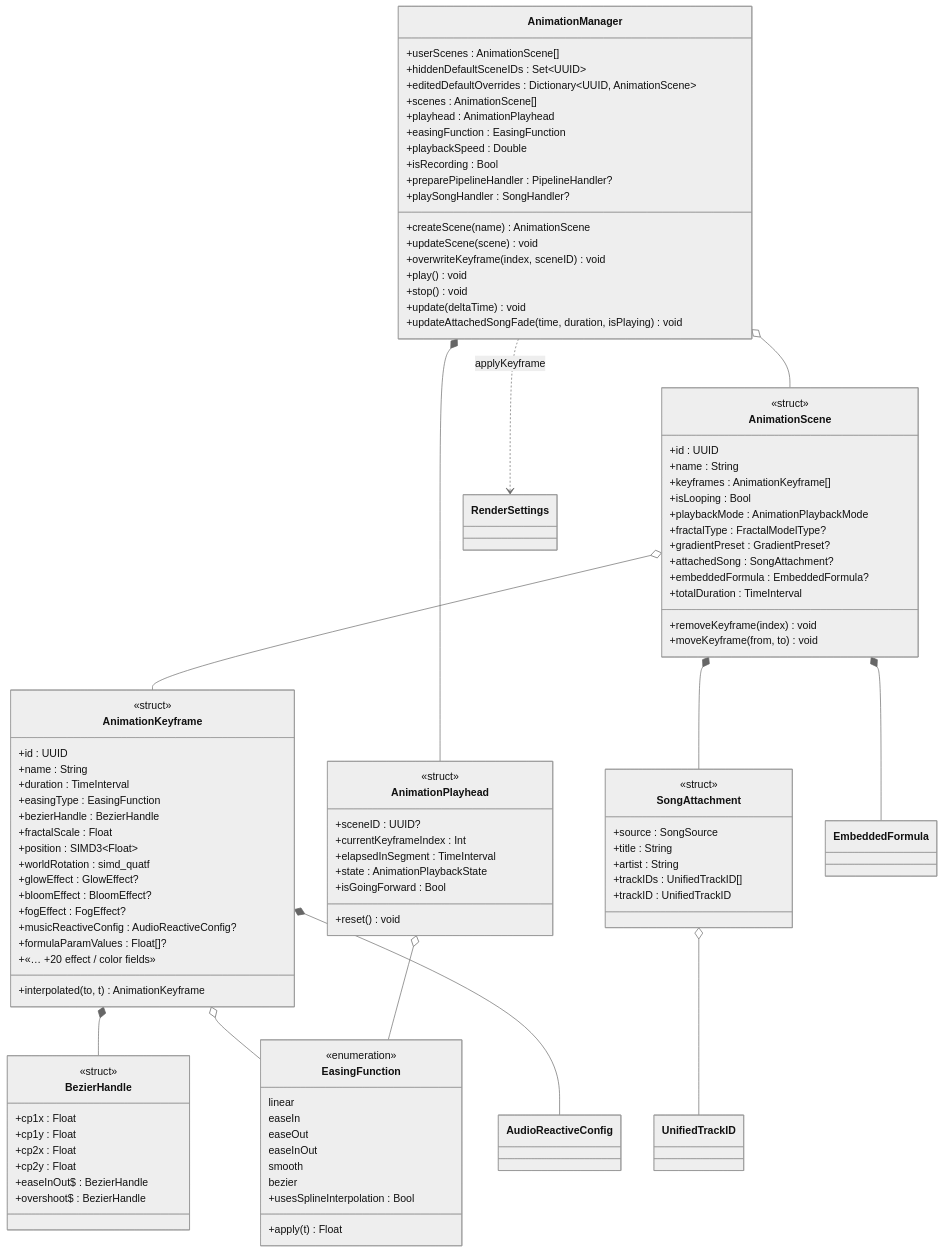
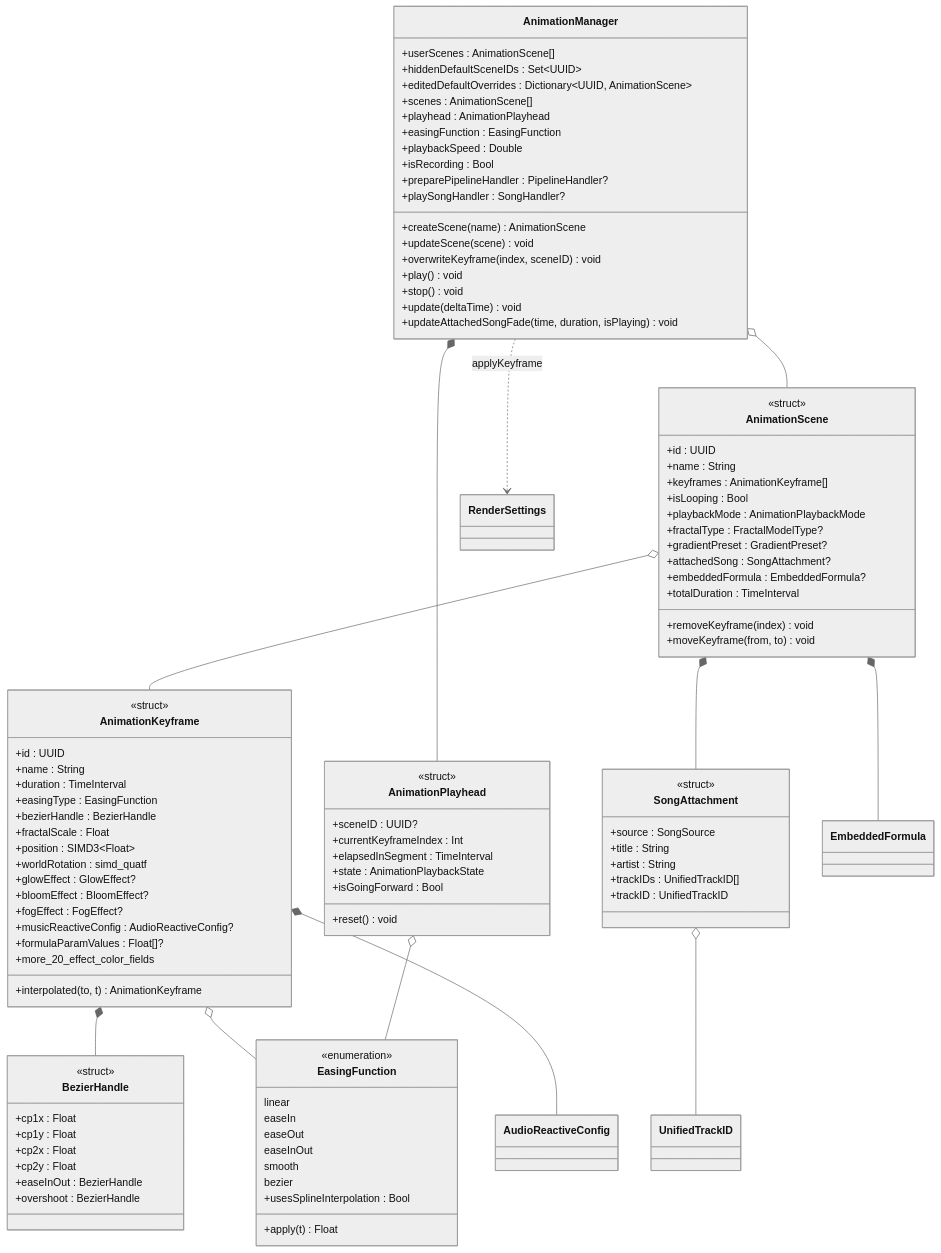
Before and after one commit to Halopend/MetalRaymarch-main: diagram 15 of 17 in Threshold/CLASS_DIAGRAM.md, drawn with Mermaid (neutral theme). The commit also changed other lines of this file and 3 other files, not shown here.

```diff
--- a/Threshold/CLASS_DIAGRAM.md
+++ b/Threshold/CLASS_DIAGRAM.md
@@ -1239,7 +1239,7 @@
         +fogEffect : FogEffect?
         +musicReactiveConfig : AudioReactiveConfig?
         +formulaParamValues : Float[]?
-        +«… +20 effect / color fields»
+        +more_20_effect_color_fields
         +interpolated(to, t) AnimationKeyframe
     }
     class AnimationPlayhead {
@@ -1268,8 +1268,8 @@
         +cp1y : Float
         +cp2x : Float
         +cp2y : Float
-        +easeInOut$ : BezierHandle
-        +overshoot$ : BezierHandle
+        +easeInOut : BezierHandle
+        +overshoot : BezierHandle
     }
     class SongAttachment {
         <<struct>>
```
